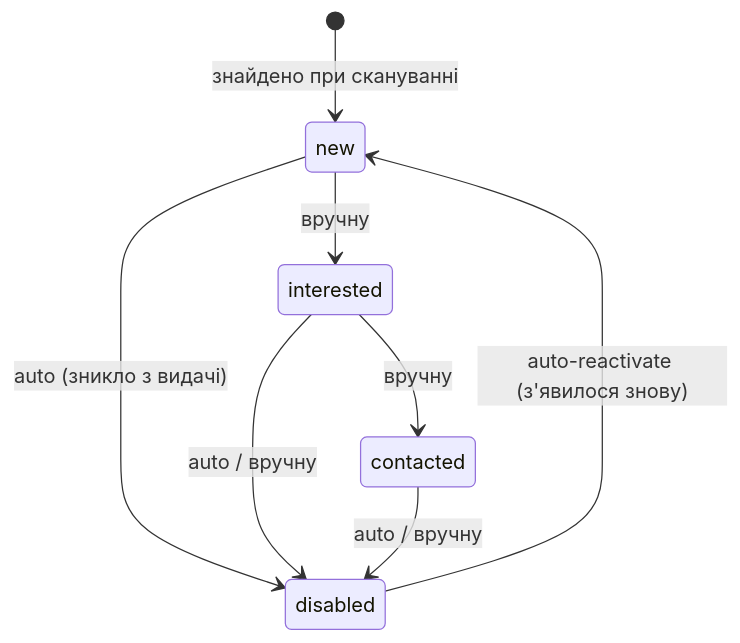
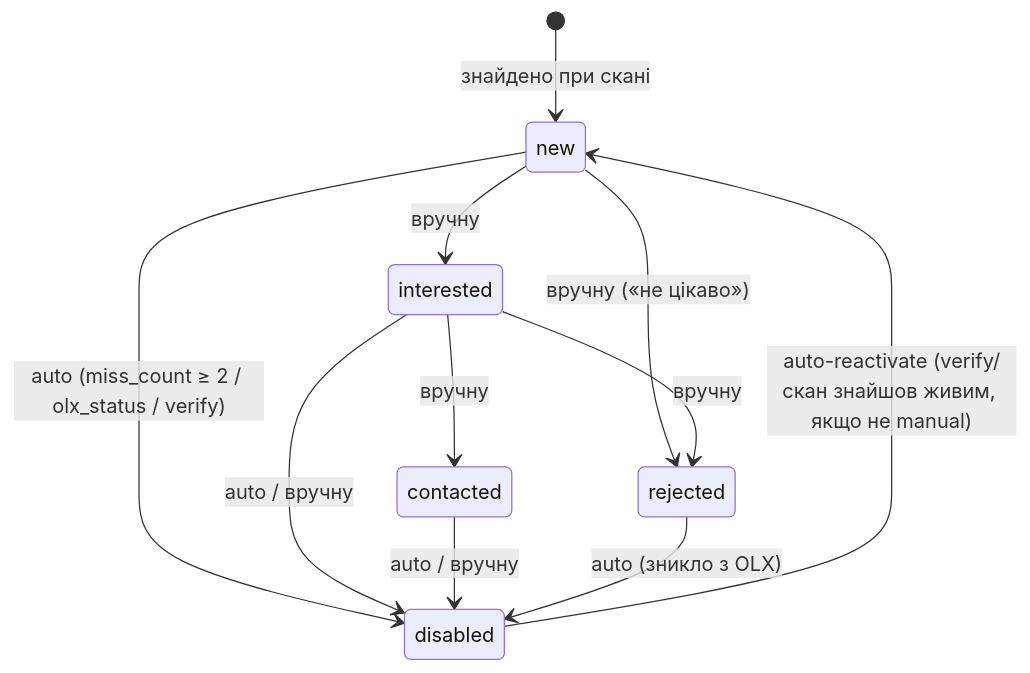
One commit to RenJeka/olx-dashboard changed the second of 2 diagrams in docs/olx-monitor-spec.md. Above: the diagram before and after it, drawn with Mermaid. The commit also changed other lines of this file and 7 other files, not shown here.

````diff
--- a/docs/olx-monitor-spec.md
+++ b/docs/olx-monitor-spec.md
@@ -209,10 +222,13 @@
 ```mermaid
 stateDiagram-v2
-    [*] --> new : знайдено при скануванні
+    [*] --> new : знайдено при скані
     new --> interested : вручну
+    new --> rejected : вручну («не цікаво»)
     interested --> contacted : вручну
-    new --> disabled : auto (зникло з видачі)
+    interested --> rejected : вручну
+    new --> disabled : auto (miss_count ≥ 2 / olx_status / verify)
     interested --> disabled : auto / вручну
     contacted --> disabled : auto / вручну
-    disabled --> new : auto-reactivate (з'явилося знову)
+    rejected --> disabled : auto (зникло з OLX)
+    disabled --> new : auto-reactivate (verify/скан знайшов живим, якщо не manual)
 ```
````
